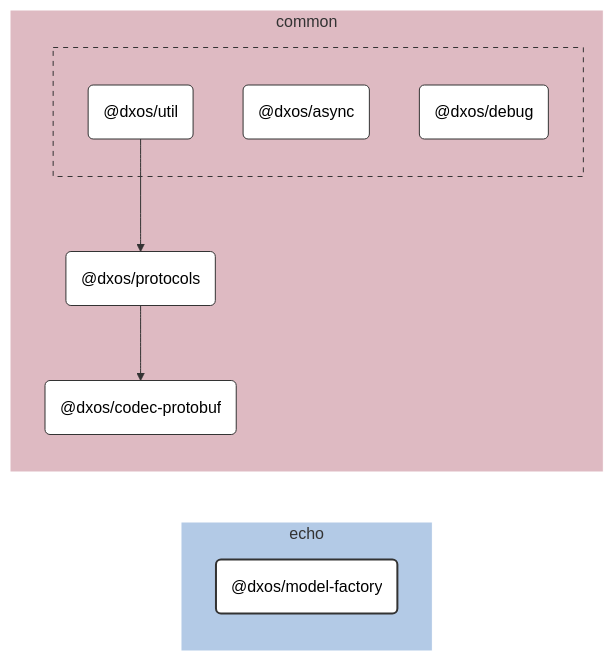
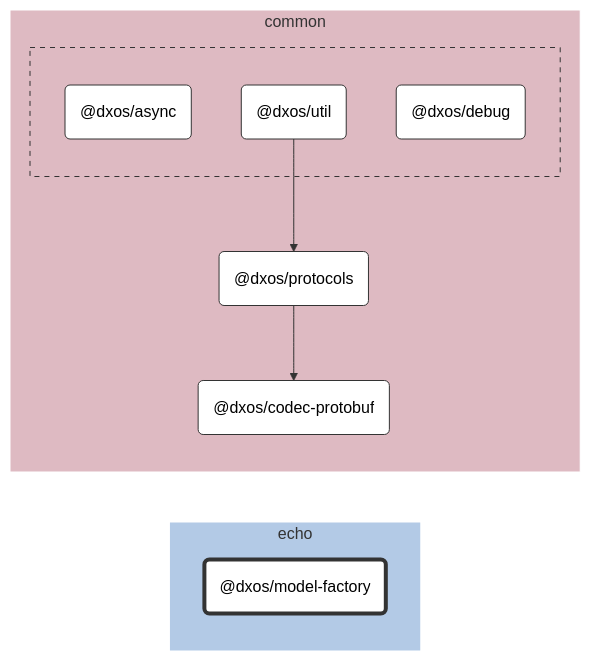
Before and after one commit to dxos/dxos: the diagram in packages/echo/model-factory/docs/README.md, drawn with Mermaid (neutral theme). The commit also changed 104 other files, not shown here.

````diff
--- a/packages/echo/model-factory/docs/README.md
+++ b/packages/echo/model-factory/docs/README.md
@@ -7,52 +7,40 @@
 ```mermaid
 %%{ init: {'flowchart':{'curve':'basis'}} }%%
 
 flowchart LR
 
-%% Links
-dxos/protocols --> dxos/codec-protobuf;
-dxos/util --> dxos/protocols;
+%% Classes
+classDef def fill:#fff,stroke:#333,stroke-width:1px
+classDef root fill:#fff,stroke:#333,stroke-width:4px
 
-%% Sections
-subgraph echo
-  style echo fill:#b3cae6,stroke:#fff;
+%% Nodes
 
-  dxos/model-factory("@dxos/model-factory")
+subgraph echo [echo]
+  style echo fill:#b3cae6,stroke:#fff
+  dxos/model-factory("@dxos/model-factory"):::root
+  click dxos/model-factory "dxos/dxos/tree/main/packages/echo/model-factory/docs"
 end
 
-subgraph common
-  style common fill:#debac2,stroke:#fff;
-
-  dxos/codec-protobuf("@dxos/codec-protobuf")
-  dxos/protocols("@dxos/protocols")
+subgraph common [common]
+  style common fill:#debac2,stroke:#fff
+  dxos/codec-protobuf("@dxos/codec-protobuf"):::def
+  click dxos/codec-protobuf "dxos/dxos/tree/main/packages/common/codec-protobuf/docs"
+  dxos/protocols("@dxos/protocols"):::def
+  click dxos/protocols "dxos/dxos/tree/main/packages/common/protocols/docs"
 
   subgraph common-excluded [ ]
-    style common-excluded fill:#debac2,stroke:#333,stroke-dasharray:5 5;
-
-    dxos/async("@dxos/async")
-    dxos/debug("@dxos/debug")
-    dxos/util("@dxos/util")
+    style common-excluded fill:#debac2,stroke:#333,stroke-dasharray:5 5
+    dxos/async("@dxos/async"):::def
+    click dxos/async "dxos/dxos/tree/main/packages/common/async/docs"
+    dxos/debug("@dxos/debug"):::def
+    click dxos/debug "dxos/dxos/tree/main/packages/common/debug/docs"
+    dxos/util("@dxos/util"):::def
+    click dxos/util "dxos/dxos/tree/main/packages/common/util/docs"
   end
 end
 
-
-%% Hyperlinks
-click dxos/async "dxos/dxos/tree/main/packages/common/async/docs";
-click dxos/codec-protobuf "dxos/dxos/tree/main/packages/common/codec-protobuf/docs";
-click dxos/debug "dxos/dxos/tree/main/packages/common/debug/docs";
-click dxos/protocols "dxos/dxos/tree/main/packages/common/protocols/docs";
-click dxos/util "dxos/dxos/tree/main/packages/common/util/docs";
-
-%% Styles
-classDef rootNode fill:#fff,stroke:#333,stroke-width:2px
-classDef defaultNode fill:#fff,stroke:#333,stroke-width:1px
+%% Links
 linkStyle default stroke:#333,stroke-width:1px
-
-dxos/model-factory:::rootNode
-
-dxos/async:::defaultNode
-dxos/codec-protobuf:::defaultNode
-dxos/debug:::defaultNode
-dxos/protocols:::defaultNode
-dxos/util:::defaultNode
+dxos/protocols --> dxos/codec-protobuf
+dxos/util --> dxos/protocols
 ```
````
